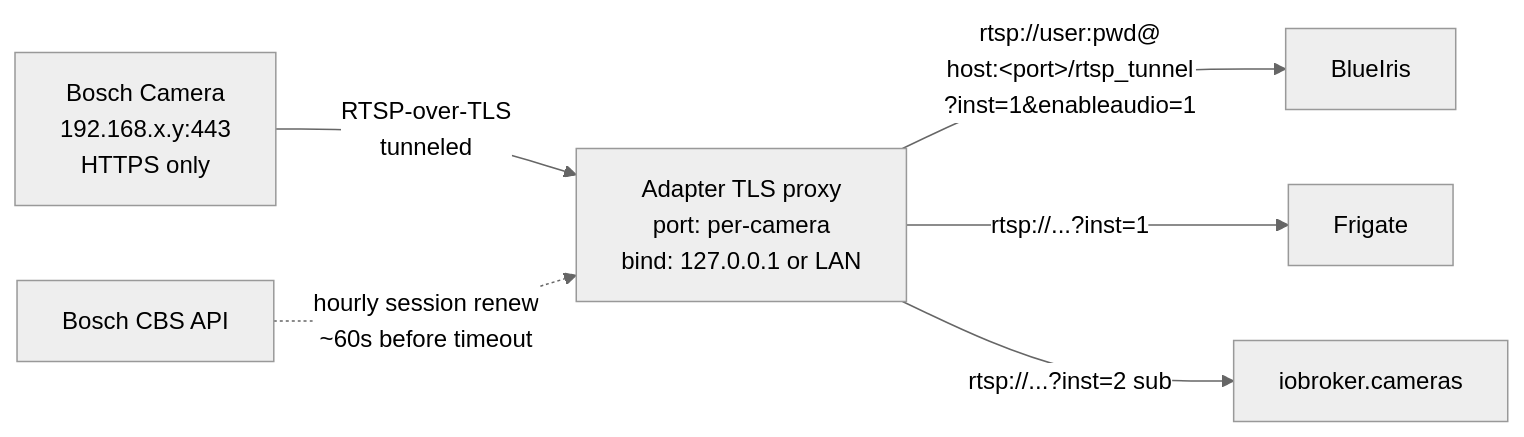
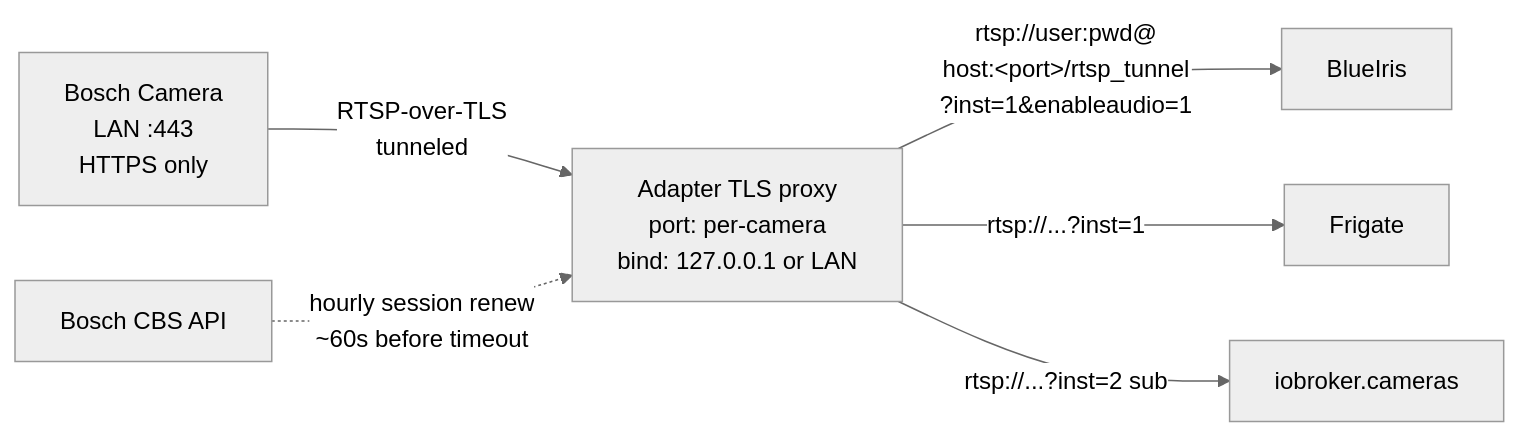
One commit to mosandlt/ioBroker.bosch-smart-home-camera changed the sixth of 6 diagrams in README.md. Above: the diagram before and after it, drawn with Mermaid (neutral theme). The commit also changed other lines of this file, not shown here.

````diff
--- a/README.md
+++ b/README.md
@@ -518,8 +476,8 @@
 ```mermaid
 flowchart LR
-    Cam["Bosch Camera<br/>192.168.x.y:443<br/>HTTPS only"] -->|RTSP-over-TLS<br/>tunneled| Proxy["Adapter TLS proxy<br/>port: per-camera<br/>bind: 127.0.0.1 or LAN"]
+    Cam["Bosch Camera<br/>LAN :443<br/>HTTPS only"] -->|RTSP-over-TLS<br/>tunneled| Proxy["Adapter TLS proxy<br/>port: per-camera<br/>bind: 127.0.0.1 or LAN"]
     Proxy -->|"rtsp://user:pwd@<br/>host:&lt;port&gt;/rtsp_tunnel<br/>?inst=1&enableaudio=1"| B[BlueIris]
     Proxy -->|"rtsp://...?inst=1"| F[Frigate]
     Proxy -->|"rtsp://...?inst=2 sub"| ICam[iobroker.cameras]
     Cloud[Bosch CBS API] -.->|hourly session renew<br/>~60s before timeout| Proxy
 ```
````
